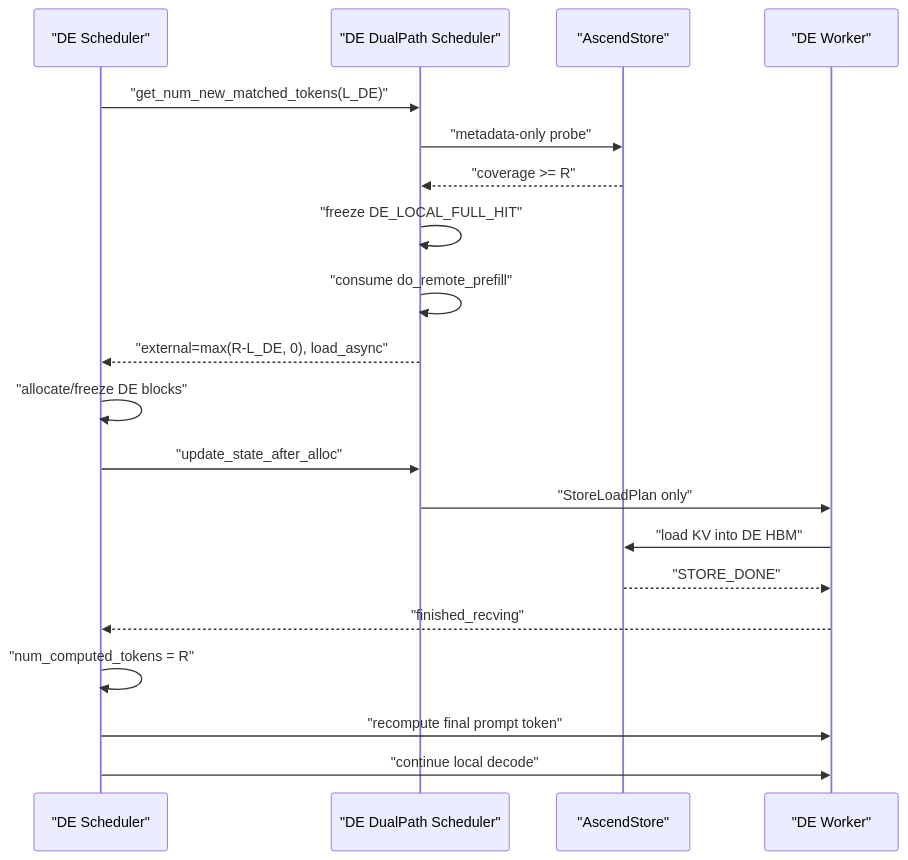
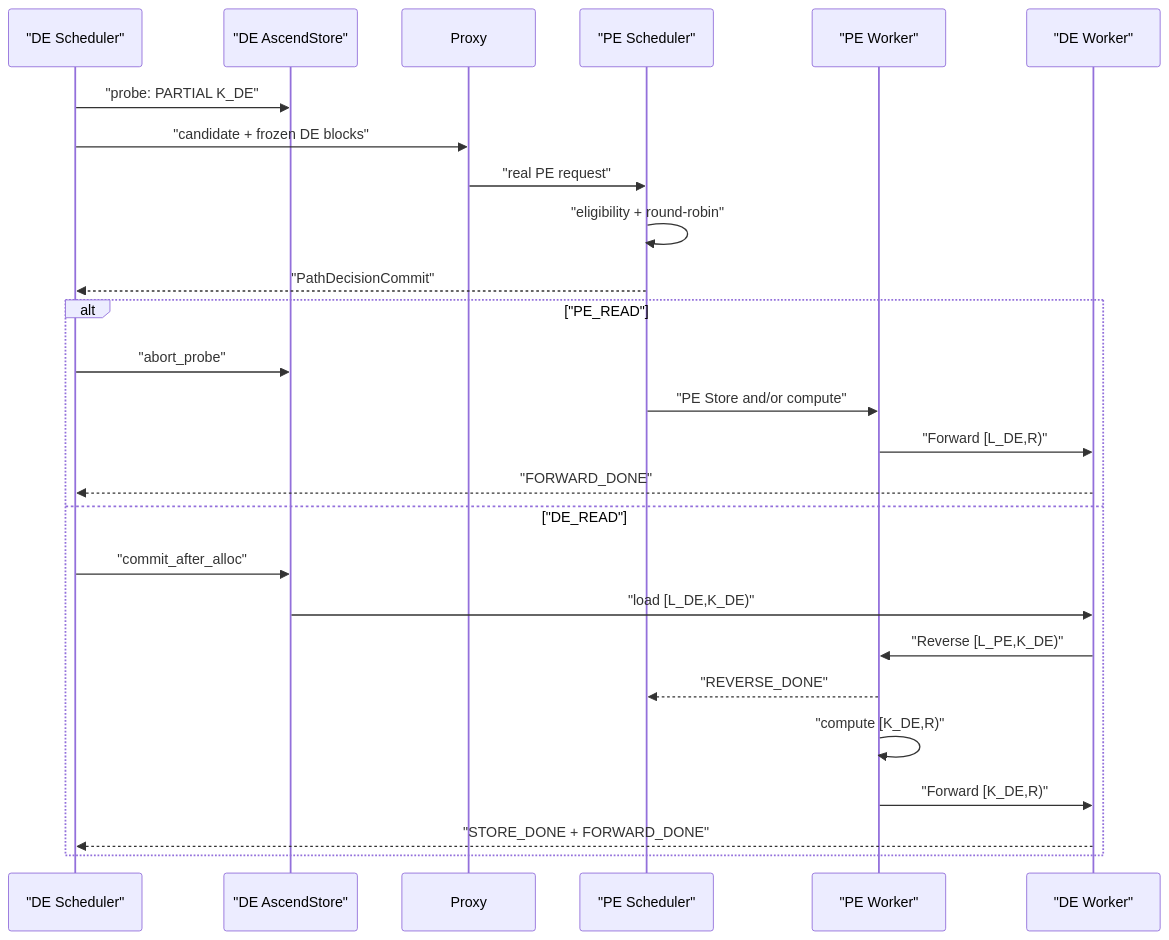
One commit to mazifan0120/vllm-ascend changed the fifth of 5 diagrams in .specs/dual-path-stage1/2026-07-23-dual-path-connector-stage1-option-a-detailed-design.md. Above: the diagram before and after it, drawn with Mermaid. The commit also changed other lines of this file and 14 other files, not shown here.

First line of the commit message:
docs(specs): realign DualPath Stage 1 PR series around PE/DE commit model

````diff
--- a/.specs/dual-path-stage1/2026-07-23-dual-path-connector-stage1-option-a-detailed-design.md
+++ b/.specs/dual-path-stage1/2026-07-23-dual-path-connector-stage1-option-a-detailed-design.md
@@ -1703,23 +924,29 @@
 ```mermaid
 sequenceDiagram
     participant DES as "DE Scheduler"
-    participant DPC as "DE DualPath Scheduler"
-    participant Store as "AscendStore"
+    participant Store as "DE AscendStore"
+    participant Proxy
+    participant PES as "PE Scheduler"
+    participant PEW as "PE Worker"
     participant DEW as "DE Worker"
 
-    DES->>DPC: "get_num_new_matched_tokens(L_DE)"
-    DPC->>Store: "metadata-only probe"
-    Store-->>DPC: "coverage >= R"
-    DPC->>DPC: "freeze DE_LOCAL_FULL_HIT"
-    DPC->>DPC: "consume do_remote_prefill"
-    DPC-->>DES: "external=max(R-L_DE, 0), load_async"
-    DES->>DES: "allocate/freeze DE blocks"
-    DES->>DPC: "update_state_after_alloc"
-    DPC->>DEW: "StoreLoadPlan only"
-    DEW->>Store: "load KV into DE HBM"
-    Store-->>DEW: "STORE_DONE"
-    DEW-->>DES: "finished_recving"
-    DES->>DES: "num_computed_tokens = R"
-    DES->>DEW: "recompute final prompt token"
-    DES->>DEW: "continue local decode"
+    DES->>Store: "probe: PARTIAL K_DE"
+    DES->>Proxy: "candidate + frozen DE blocks"
+    Proxy->>PES: "real PE request"
+    PES->>PES: "eligibility + round-robin"
+    PES-->>DES: "PathDecisionCommit"
+    alt "PE_READ"
+        DES->>Store: "abort_probe"
+        PES->>PEW: "PE Store and/or compute"
+        PEW->>DEW: "Forward [L_DE,R)"
+        DEW-->>DES: "FORWARD_DONE"
+    else "DE_READ"
+        DES->>Store: "commit_after_alloc"
+        Store->>DEW: "load [L_DE,K_DE)"
+        DEW->>PEW: "Reverse [L_PE,K_DE)"
+        PEW-->>PES: "REVERSE_DONE"
+        PEW->>PEW: "compute [K_DE,R)"
+        PEW->>DEW: "Forward [K_DE,R)"
+        DEW-->>DES: "STORE_DONE + FORWARD_DONE"
+    end
 ```
````
